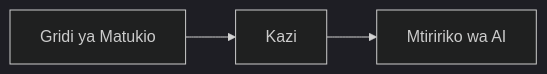
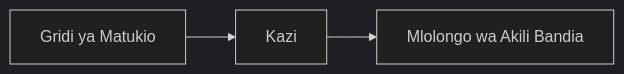
One commit to microsoft/AZD-for-beginners changed the second of 2 diagrams in translations/sw/docs/chapter-08-production/README.md. Above: the diagram before and after it, drawn with Mermaid (dark theme). The commit also changed other lines of this file and 101 other files, not shown here.

````diff
--- a/translations/sw/docs/chapter-08-production/README.md
+++ b/translations/sw/docs/chapter-08-production/README.md
@@ -54,4 +56,4 @@
 ```mermaid
 graph LR
-    EventGrid[Gridi ya Matukio] --> Functions[Kazi] --> Pipeline[Mtiririko wa AI]
+    EventGrid[Gridi ya Matukio] --> Functions[Kazi] --> Pipeline[Mlolongo wa Akili Bandia]
 ```
````
